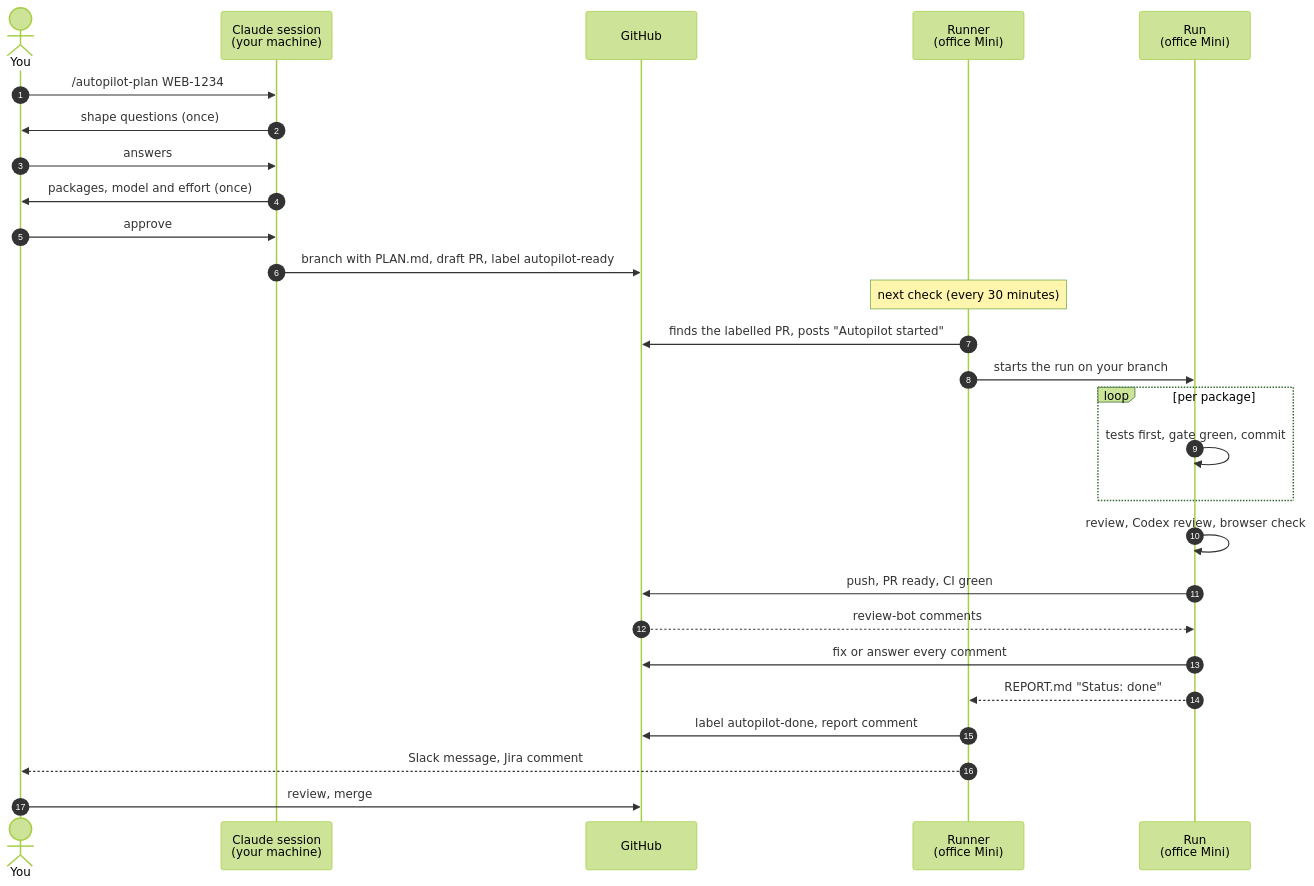
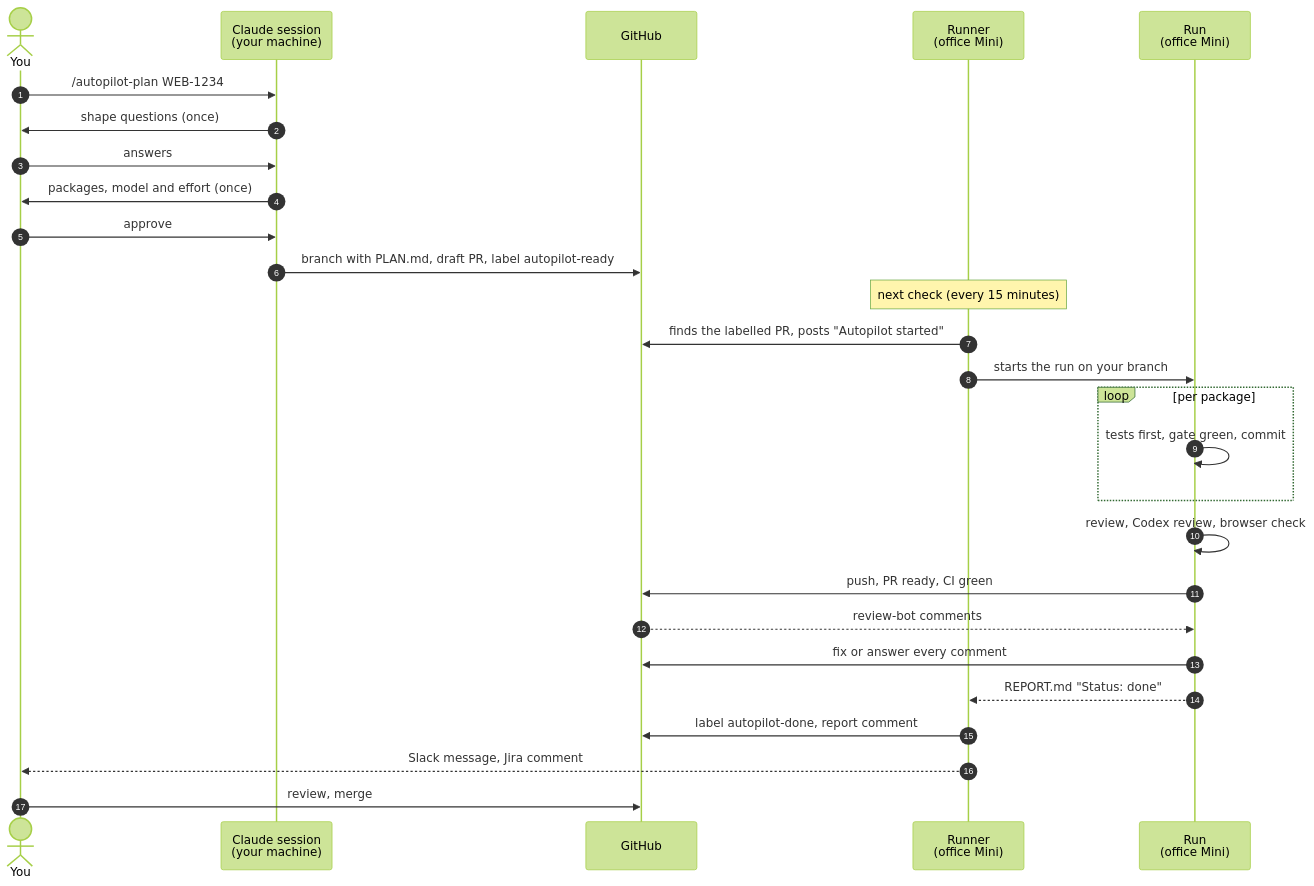
Before and after one commit to evelan-de/claude-code-plugins: the second of 7 diagrams in docs/autopilot-developer-guide.md, drawn with Mermaid (forest theme). The commit also changed other lines of this file and 10 other files, not shown here.

First line of the commit message:
feat(mission-control): run up to two items at once, check for new work every 15 minutes

````diff
--- a/docs/autopilot-developer-guide.md
+++ b/docs/autopilot-developer-guide.md
@@ -74,30 +74,30 @@
 ```mermaid
 sequenceDiagram
     autonumber
     actor Dev as You
     participant CS as Claude session<br/>(your machine)
     participant GH as GitHub
     participant MC as Runner<br/>(office Mini)
     participant Run as Run<br/>(office Mini)
 
     Dev->>CS: /autopilot-plan WEB-1234
     CS->>Dev: shape questions (once)
     Dev->>CS: answers
     CS->>Dev: packages, model and effort (once)
     Dev->>CS: approve
     CS->>GH: branch with PLAN.md, draft PR, label autopilot-ready
-    Note over MC: next check (every 30 minutes)
+    Note over MC: next check (every 15 minutes)
     MC->>GH: finds the labelled PR, posts "Autopilot started"
     MC->>Run: starts the run on your branch
     loop per package
         Run->>Run: tests first, gate green, commit
     end
     Run->>Run: review, Codex review, browser check
     Run->>GH: push, PR ready, CI green
     GH-->>Run: review-bot comments
     Run->>GH: fix or answer every comment
     Run-->>MC: REPORT.md "Status: done"
     MC->>GH: label autopilot-done, report comment
     MC-->>Dev: Slack message, Jira comment
     Dev->>GH: review, merge
 ```
````
